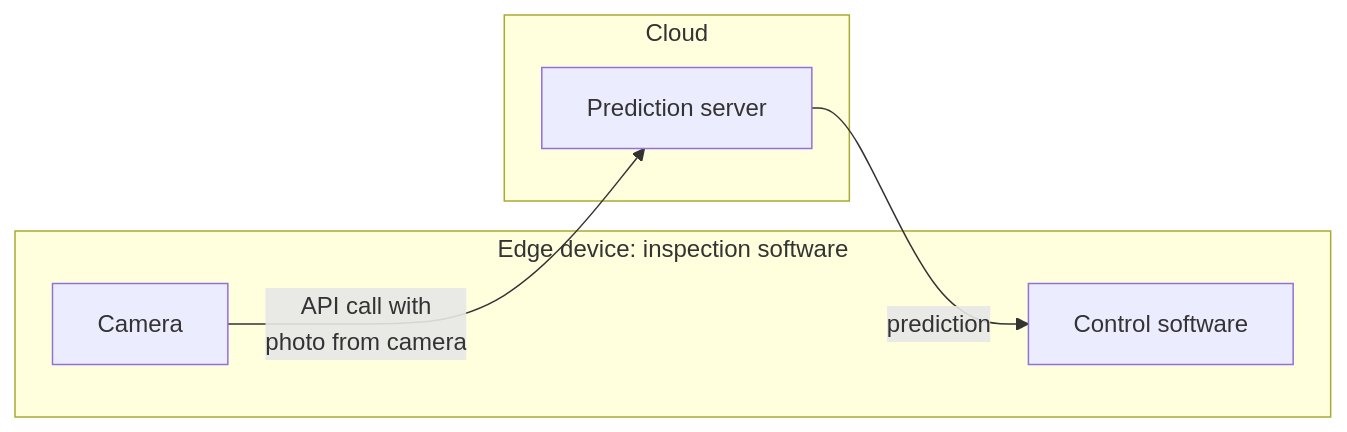
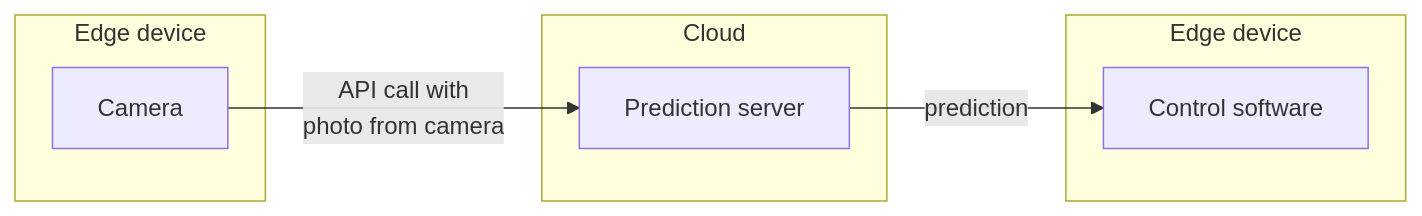
The diagram in docs/deployment/case-study-defect-inspection.md (0trm/mlkb), drawn with Mermaid before and after one commit. The commit also changed 5 other files, not shown here.

Commit message:
Redesign the site for phones: diagrams in the soft tint style that open full screen, a header that hides while reading, a fuller menu, tables as cards, and a roomier footer

````diff
--- a/docs/deployment/case-study-defect-inspection.md
+++ b/docs/deployment/case-study-defect-inspection.md
@@ -5,12 +5,13 @@
 ```mermaid
 flowchart LR
-  subgraph edge[Edge device: inspection software]
+  subgraph edge[Edge device]
     Cam[Camera]
-    Ctl[Control software]
   end
   subgraph cloud[Cloud]
     PS[Prediction server]
   end
-  Cam -->|API call with<br>photo from camera| PS
-  PS -->|prediction| Ctl
+  subgraph back[Edge device]
+    Ctl[Control software]
+  end
+  Cam -->|API call with<br>photo from camera| PS -->|prediction| Ctl
 ```
````
